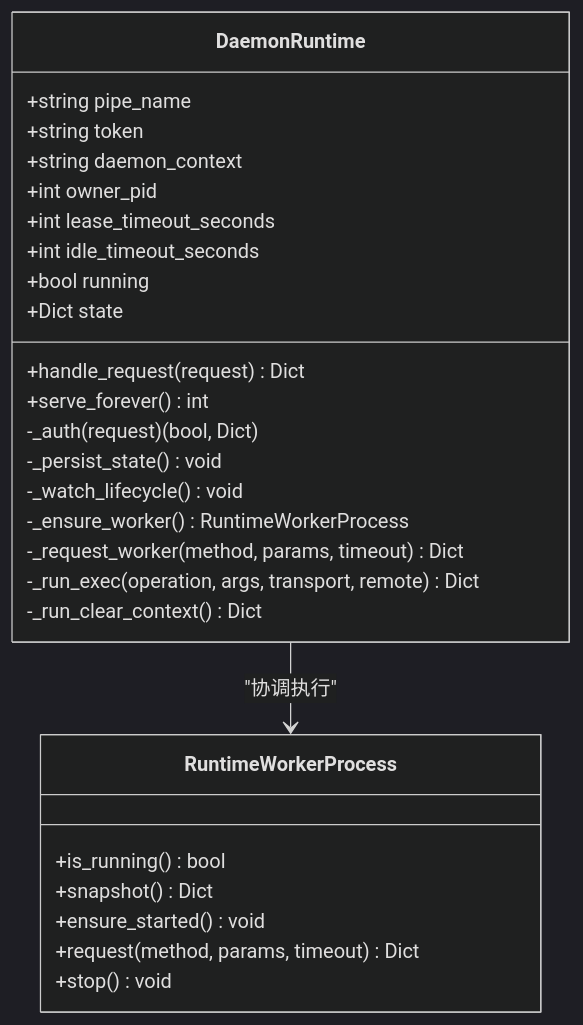
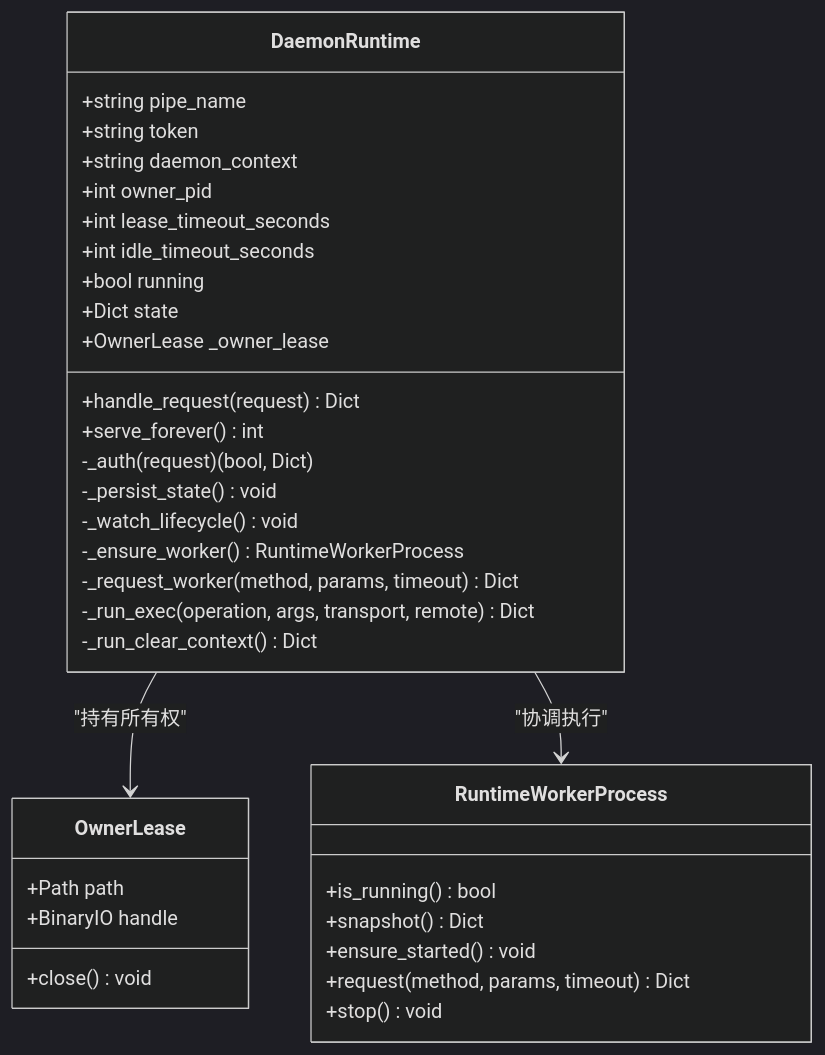
One commit to haolange/RDC-Tool changed the third of 8 diagrams in .qoder/repowiki/zh/content/架构设计/守护进程通信/守护进程服务器.md. Above: the diagram before and after it, drawn with Mermaid (dark theme). The commit also changed other lines of this file and 67 other files, not shown here.

````diff
--- a/.qoder/repowiki/zh/content/架构设计/守护进程通信/守护进程服务器.md
+++ b/.qoder/repowiki/zh/content/架构设计/守护进程通信/守护进程服务器.md
@@ -148,30 +170,37 @@
 ```mermaid
 classDiagram
 class DaemonRuntime {
 +string pipe_name
 +string token
 +string daemon_context
 +int owner_pid
 +int lease_timeout_seconds
 +int idle_timeout_seconds
 +bool running
 +Dict state
++OwnerLease _owner_lease
 +handle_request(request) Dict
 +serve_forever() int
 -_auth(request) (bool, Dict)
 -_persist_state() void
 -_watch_lifecycle() void
 -_ensure_worker() RuntimeWorkerProcess
 -_request_worker(method, params, timeout) Dict
 -_run_exec(operation, args, transport, remote) Dict
 -_run_clear_context() Dict
 }
+class OwnerLease {
++Path path
++BinaryIO handle
++close() void
+}
 class RuntimeWorkerProcess {
 +is_running() bool
 +snapshot() Dict
 +ensure_started() void
 +request(method, params, timeout) Dict
 +stop() void
 }
+DaemonRuntime --> OwnerLease : "持有所有权"
 DaemonRuntime --> RuntimeWorkerProcess : "协调执行"
 ```
````
